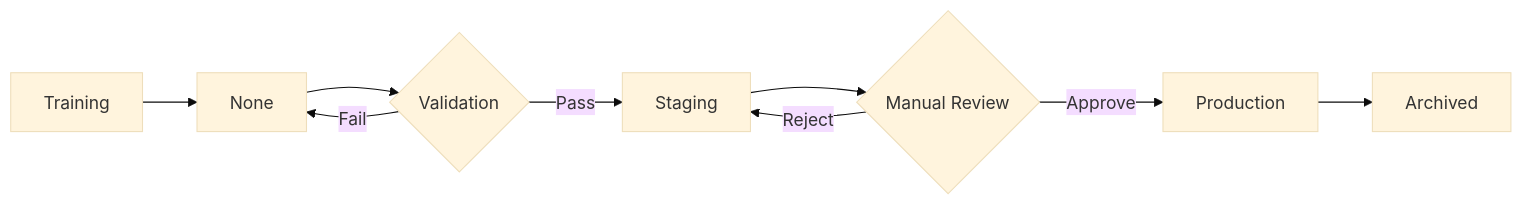
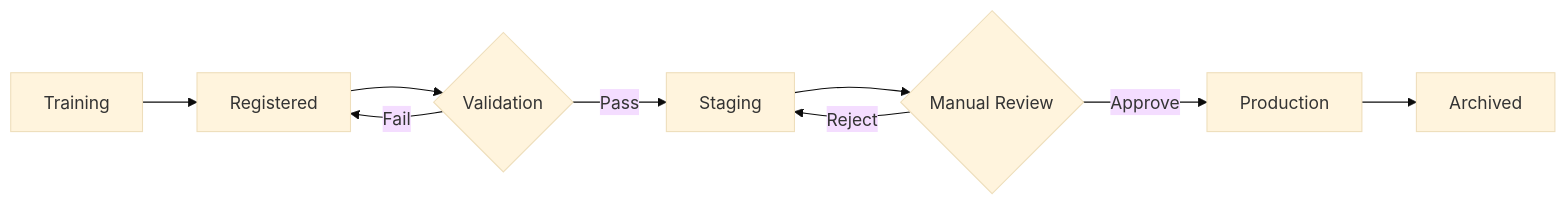
One commit to bradleyboehmke/rossmann-forecasting changed the diagram in docs/modelops/overview.md. Above: the diagram before and after it, drawn with Mermaid (base theme). The commit also changed other lines of this file and 8 other files, not shown here.

First line of the commit message:
docs: improve ModelOps documentation with diagrams and clearer explanations

````diff
--- a/docs/modelops/overview.md
+++ b/docs/modelops/overview.md
@@ -82,11 +145,11 @@
 ```mermaid
 graph LR
-    A[Training] --> B[None]
+    A[Training] --> B[Registered]
     B --> C{Validation}
     C -->|Pass| D[Staging]
     C -->|Fail| B
     D --> E{Manual Review}
     E -->|Approve| F[Production]
     E -->|Reject| D
     F --> G[Archived]
 ```
````
